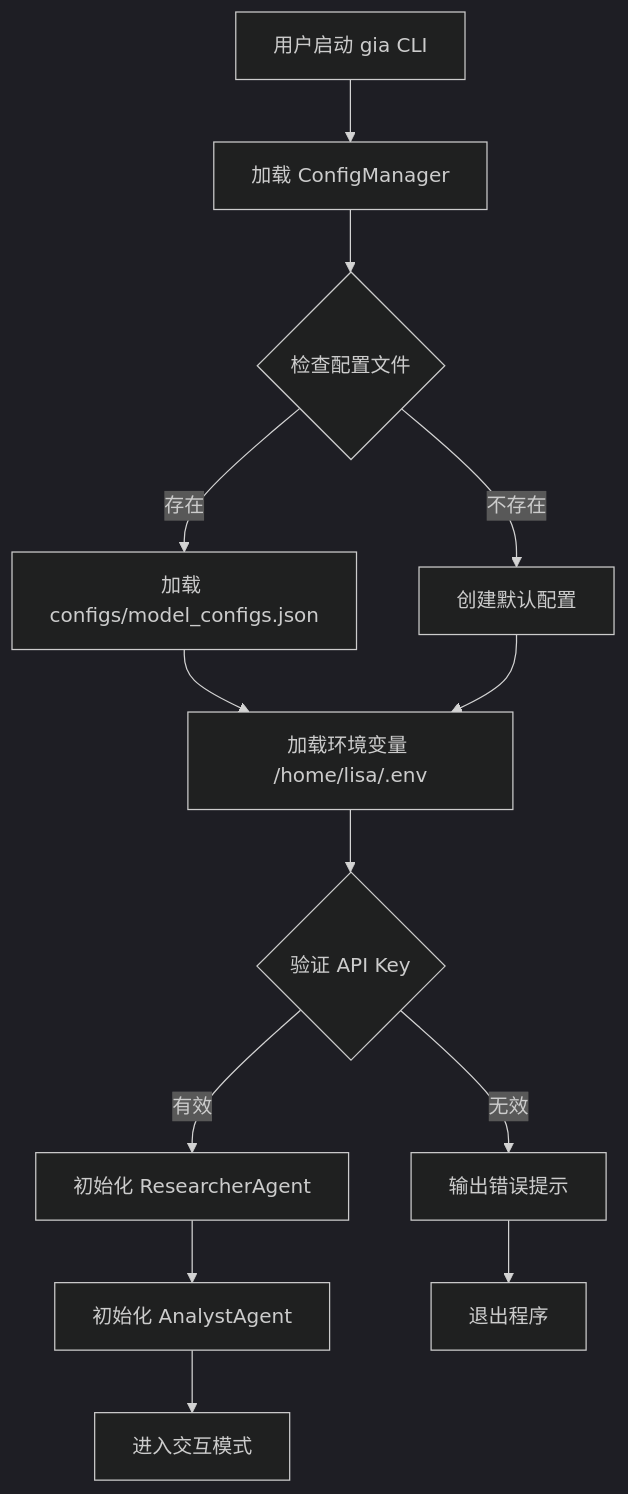
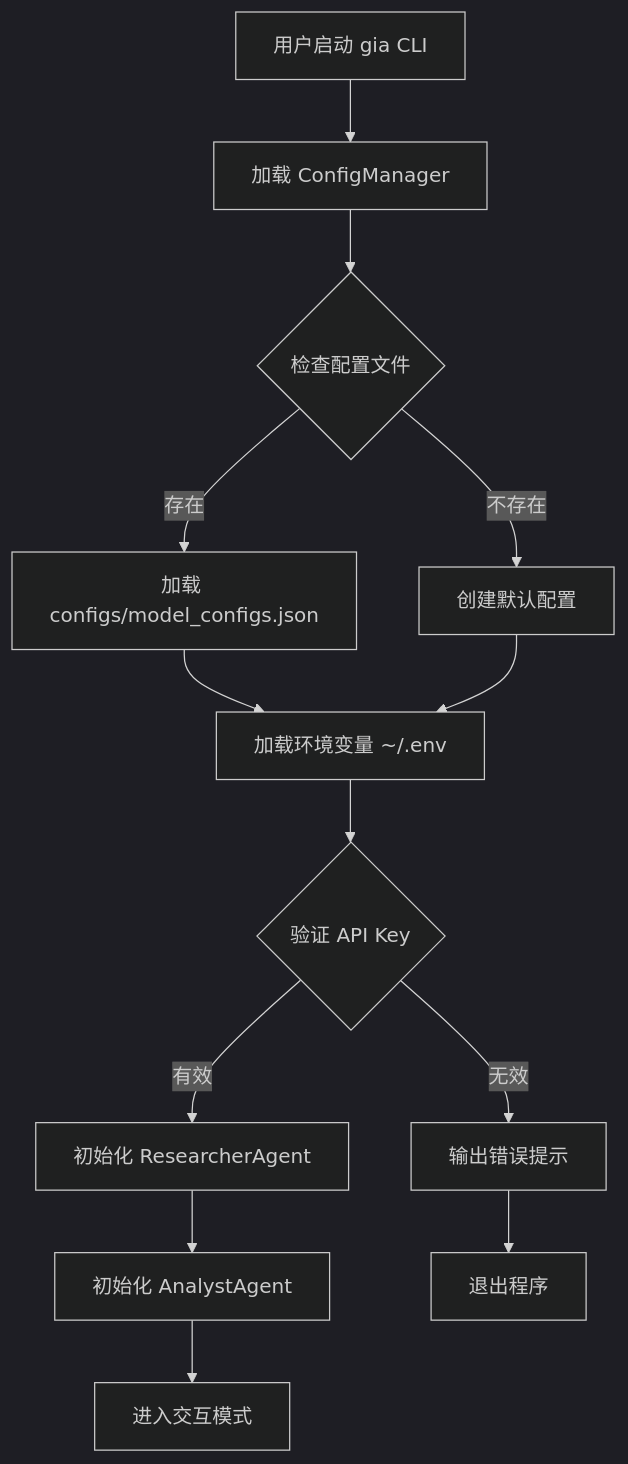
The first of 12 diagrams in docs/FLOWCHARTS.md (Lisa0926/github-insight-agent), drawn with Mermaid (dark theme) before and after one commit. The commit also changed other lines of this file and 5 other files, not shown here.

````diff
--- a/docs/FLOWCHARTS.md
+++ b/docs/FLOWCHARTS.md
@@ -9,15 +9,15 @@
 ```mermaid
 flowchart TD
     A[用户启动 gia CLI] --> B[加载 ConfigManager]
     B --> C{检查配置文件}
     C -->|存在 | D[加载 configs/model_configs.json]
     C -->|不存在 | E[创建默认配置]
-    D --> F[加载环境变量 /home/lisa/.env]
+    D --> F[加载环境变量 ~/.env]
     E --> F
     F --> G{验证 API Key}
     G -->|有效 | H[初始化 ResearcherAgent]
     G -->|无效 | I[输出错误提示]
     H --> J[初始化 AnalystAgent]
     J --> K[进入交互模式]
     I --> L[退出程序]
 ```
````
